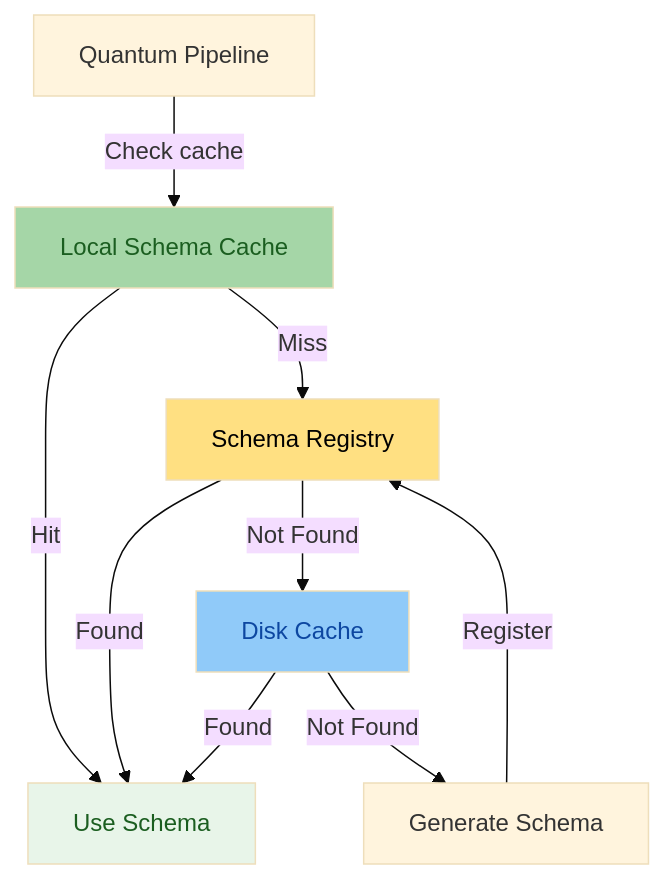
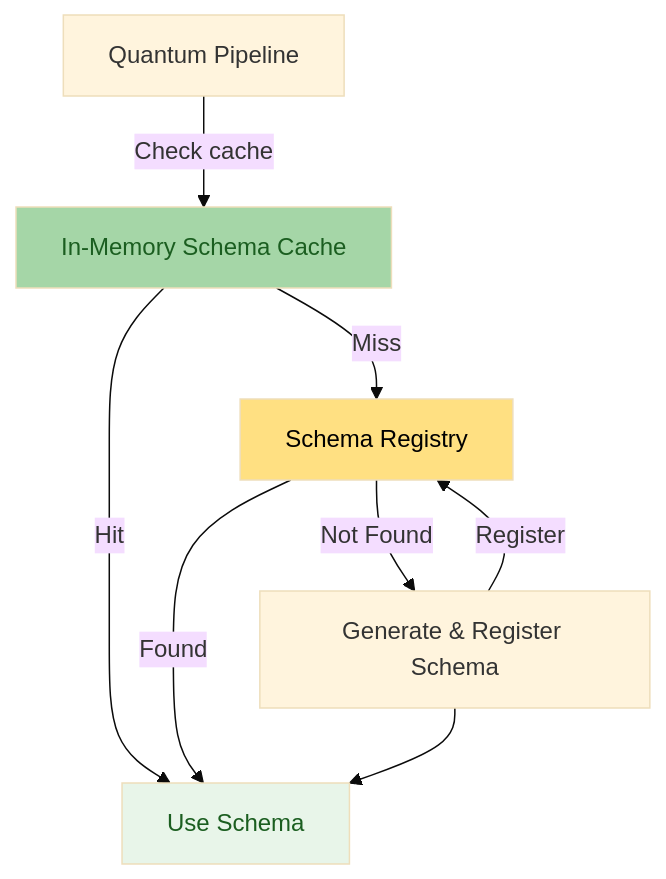
The first of 2 diagrams in docs/architecture/avro-serialization.md (straightchlorine/quantum-pipeline), drawn with Mermaid (base theme) before and after one commit. The commit also changed other lines of this file, not shown here.

````diff
--- a/docs/architecture/avro-serialization.md
+++ b/docs/architecture/avro-serialization.md
@@ -20,16 +36,14 @@
 ```mermaid
 graph TD
-    APP[Quantum Pipeline] -->| Check cache | CACHE[Local Schema Cache]
+    APP[Quantum Pipeline] -->| Check cache | CACHE[In-Memory Schema Cache]
     CACHE -->|Hit| USE[Use Schema]
     CACHE -->|Miss| SR[Schema Registry]
     SR -->|Found| USE
-    SR -->|Not Found| DISK[Disk Cache]
-    DISK -->|Found| USE
-    DISK -->|Not Found| GEN[Generate Schema]
+    SR -->|Not Found| GEN[Generate & Register Schema]
     GEN -->|Register| SR
+    GEN --> USE
 
     style CACHE fill:#a5d6a7,color:#1b5e20
     style SR fill:#ffe082,color:#000
-    style DISK fill:#90caf9,color:#0d47a1
     style USE fill:#e8f5e9,color:#1b5e20
 ```
````
